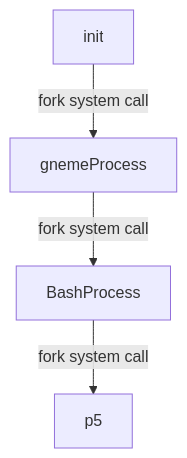
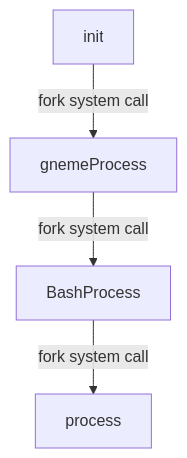
Before and after one commit to virtual-tech-school/virtual-tech-notes: the first of 4 diagrams in linux-masterclass/05-processes/README.md, drawn with Mermaid. The commit also changed other lines of this file, not shown here.

````diff
--- a/linux-masterclass/05-processes/README.md
+++ b/linux-masterclass/05-processes/README.md
@@ -18,6 +18,6 @@
 ```mermaid
 graph TD;
     init-->|fork system call|gnemeProcess
     gnemeProcess-->|fork system call|BashProcess;
-    BashProcess-->|fork system call| p5;
+    BashProcess-->|fork system call| process;
 ```
````
